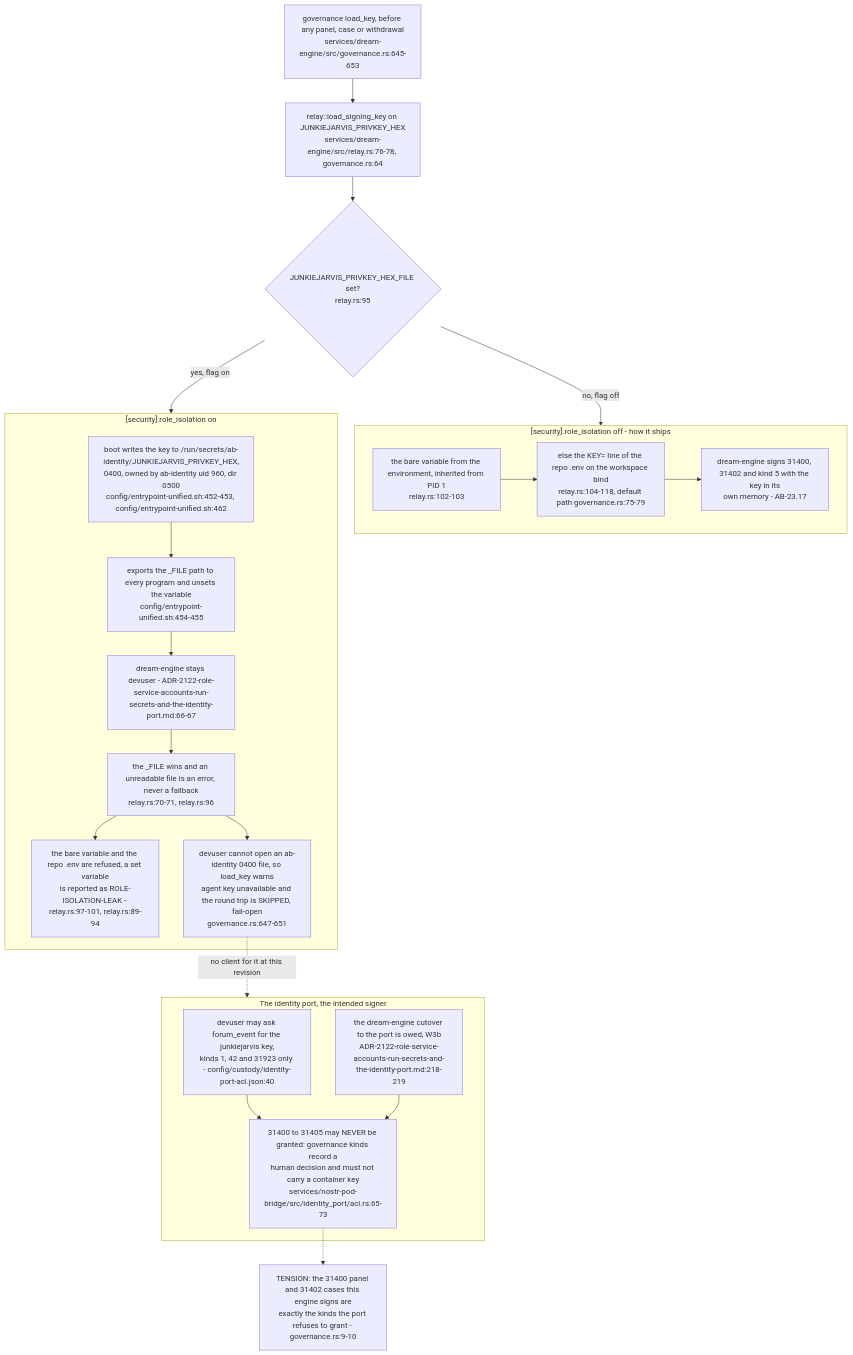
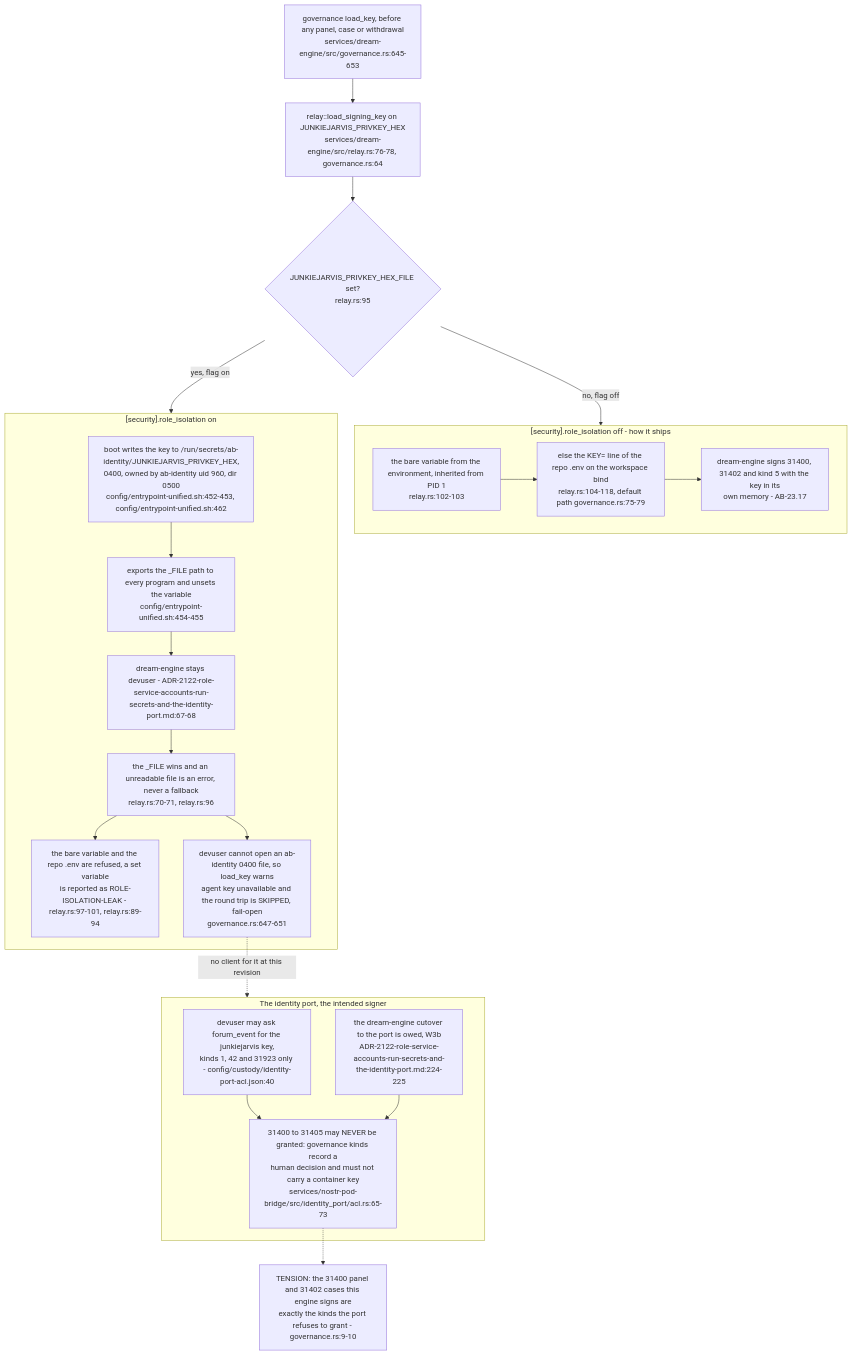
Diagram 20 of 20 in docs/diagrams/agentbox/23-dream-engine.md (DreamLab-AI/VisionFlow), drawn with Mermaid before and after one commit. The commit also changed other lines of this file and 111 other files, not shown here.

Commit message:
docs(diagrams): align estate maps with current source

````diff
--- a/docs/diagrams/agentbox/23-dream-engine.md
+++ b/docs/diagrams/agentbox/23-dream-engine.md
@@ -1001,34 +1001,34 @@
 ```mermaid
 flowchart TB
     GOVN["governance load_key, before any panel, case or withdrawal<br/>services/dream-engine/src/governance.rs:645-653"]
     LSK["relay::load_signing_key on JUNKIEJARVIS_PRIVKEY_HEX<br/>services/dream-engine/src/relay.rs:76-78, governance.rs:64"]
     FV{"JUNKIEJARVIS_PRIVKEY_HEX_FILE set?<br/>relay.rs:95"}
     GOVN --> LSK --> FV
     subgraph off["[security].role_isolation off - how it ships"]
         O1["the bare variable from the environment, inherited from PID 1<br/>relay.rs:102-103"]
         O2["else the KEY= line of the repo .env on the workspace bind<br/>relay.rs:104-118, default path governance.rs:75-79"]
         O3["dream-engine signs 31400, 31402 and kind 5 with the key in its<br/>own memory - AB-23.17"]
         O1 --> O2 --> O3
     end
     subgraph on["[security].role_isolation on"]
         E1["boot writes the key to /run/secrets/ab-identity/JUNKIEJARVIS_PRIVKEY_HEX,<br/>0400, owned by ab-identity uid 960, dir 0500<br/>config/entrypoint-unified.sh:452-453, config/entrypoint-unified.sh:462"]
         E2["exports the _FILE path to every program and unsets the variable<br/>config/entrypoint-unified.sh:454-455"]
-        E3["dream-engine stays devuser - ADR-2122-role-service-accounts-run-secrets-and-the-identity-port.md:66-67"]
+        E3["dream-engine stays devuser - ADR-2122-role-service-accounts-run-secrets-and-the-identity-port.md:67-68"]
         E4["the _FILE wins and an unreadable file is an error, never a fallback<br/>relay.rs:70-71, relay.rs:96"]
         E5["the bare variable and the repo .env are refused, a set variable<br/>is reported as ROLE-ISOLATION-LEAK - relay.rs:97-101, relay.rs:89-94"]
         E6["devuser cannot open an ab-identity 0400 file, so load_key warns<br/>agent key unavailable and the round trip is SKIPPED, fail-open<br/>governance.rs:647-651"]
         E1 --> E2 --> E3 --> E4 --> E6
         E4 --> E5
     end
     FV -->|"no, flag off"| off
     FV -->|"yes, flag on"| on
     subgraph port["The identity port, the intended signer"]
         P1["devuser may ask forum_event for the junkiejarvis key,<br/>kinds 1, 42 and 31923 only - config/custody/identity-port-acl.json:40"]
         P2["31400 to 31405 may NEVER be granted: governance kinds record a<br/>human decision and must not carry a container key<br/>services/nostr-pod-bridge/src/identity_port/acl.rs:65-73"]
-        P3["the dream-engine cutover to the port is owed, W3b<br/>ADR-2122-role-service-accounts-run-secrets-and-the-identity-port.md:218-219"]
+        P3["the dream-engine cutover to the port is owed, W3b<br/>ADR-2122-role-service-accounts-run-secrets-and-the-identity-port.md:224-225"]
         P1 --> P2
         P3 --> P2
     end
     E6 -.->|"no client for it at this revision"| port
     P2 -.-> T["TENSION: the 31400 panel and 31402 cases this engine signs are<br/>exactly the kinds the port refuses to grant - governance.rs:9-10"]
 ```
````
